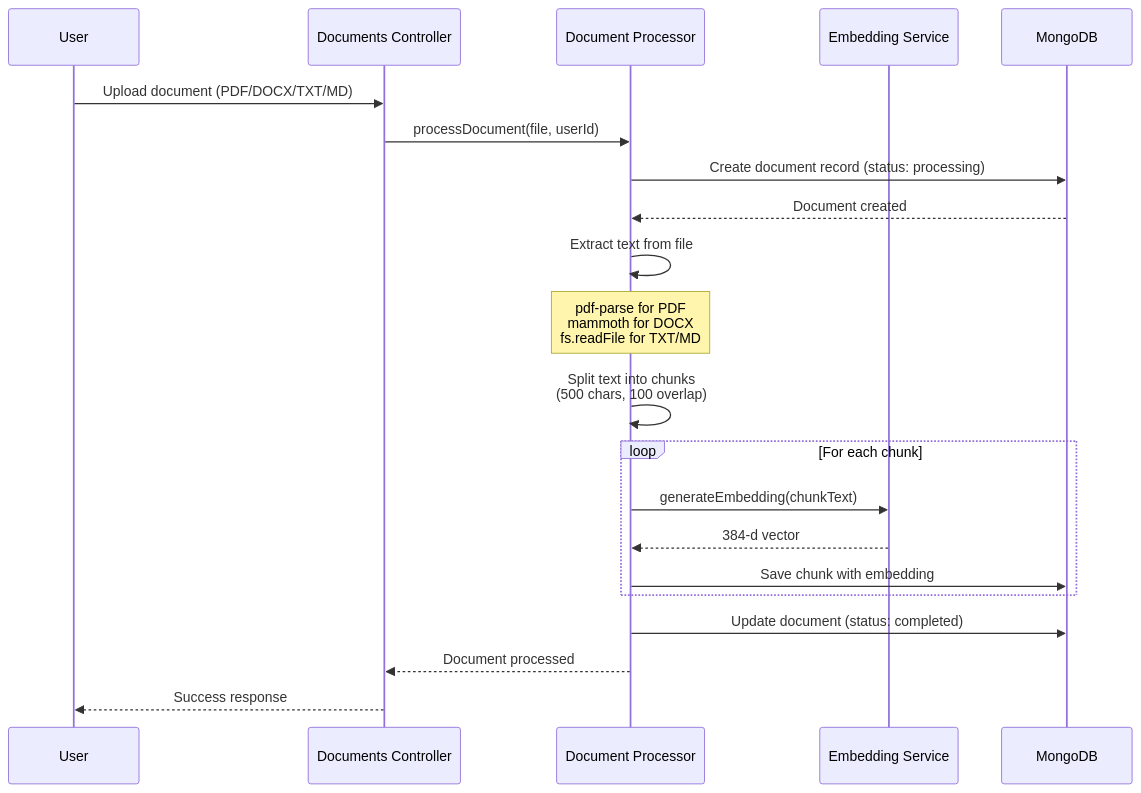
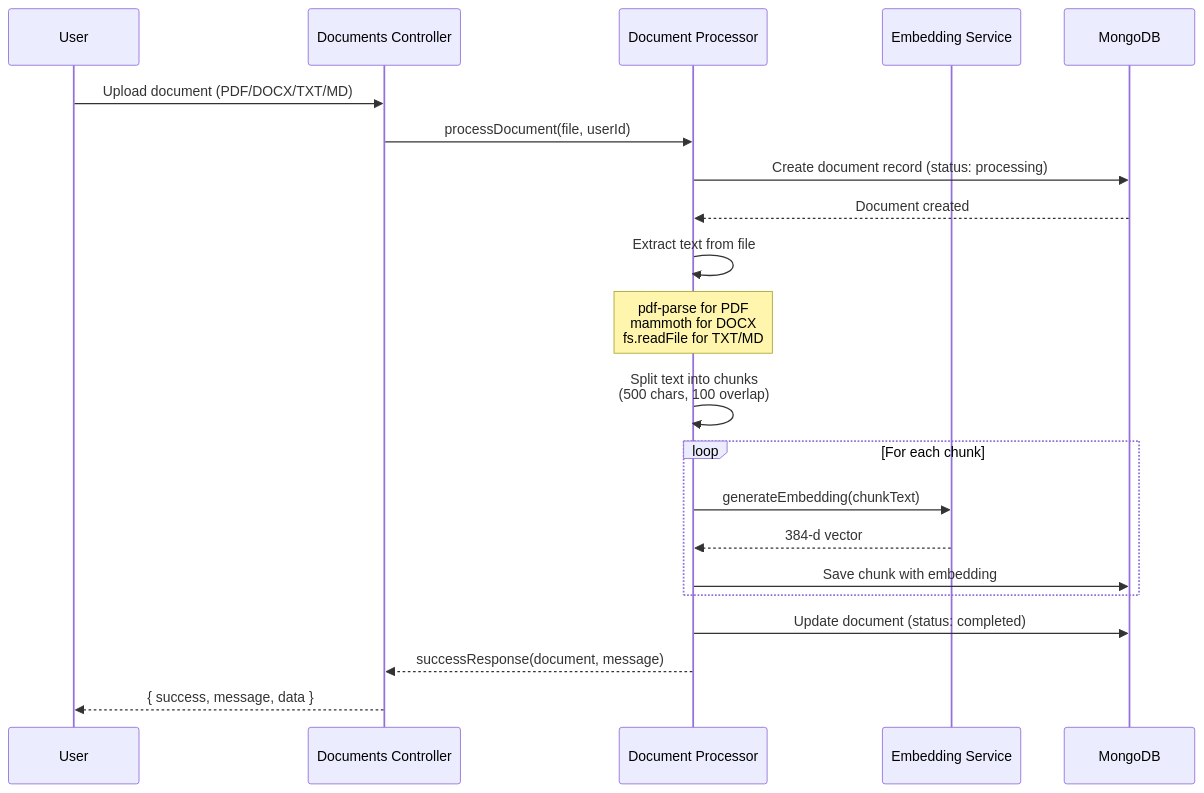
One commit to shahadathhs/rag changed the second of 4 diagrams in docs/RAG_FLOW.md. Above: the diagram before and after it, drawn with Mermaid. The commit also changed other lines of this file, not shown here.

Commit message:
docs: updated rag flow docs

````diff
--- a/docs/RAG_FLOW.md
+++ b/docs/RAG_FLOW.md
@@ -44,29 +62,29 @@
 ```mermaid
 sequenceDiagram
     participant User
     participant API as Documents Controller
     participant DP as Document Processor
     participant ES as Embedding Service
     participant DB as MongoDB
 
     User->>API: Upload document (PDF/DOCX/TXT/MD)
     API->>DP: processDocument(file, userId)
 
     DP->>DB: Create document record (status: processing)
     DB-->>DP: Document created
 
     DP->>DP: Extract text from file
     Note over DP: pdf-parse for PDF<br/>mammoth for DOCX<br/>fs.readFile for TXT/MD
 
     DP->>DP: Split text into chunks<br/>(500 chars, 100 overlap)
 
     loop For each chunk
         DP->>ES: generateEmbedding(chunkText)
         ES-->>DP: 384-d vector
         DP->>DB: Save chunk with embedding
     end
 
     DP->>DB: Update document (status: completed)
-    DP-->>API: Document processed
-    API-->>User: Success response
+    DP-->>API: successResponse(document, message)
+    API-->>User: { success, message, data }
 ```
````
